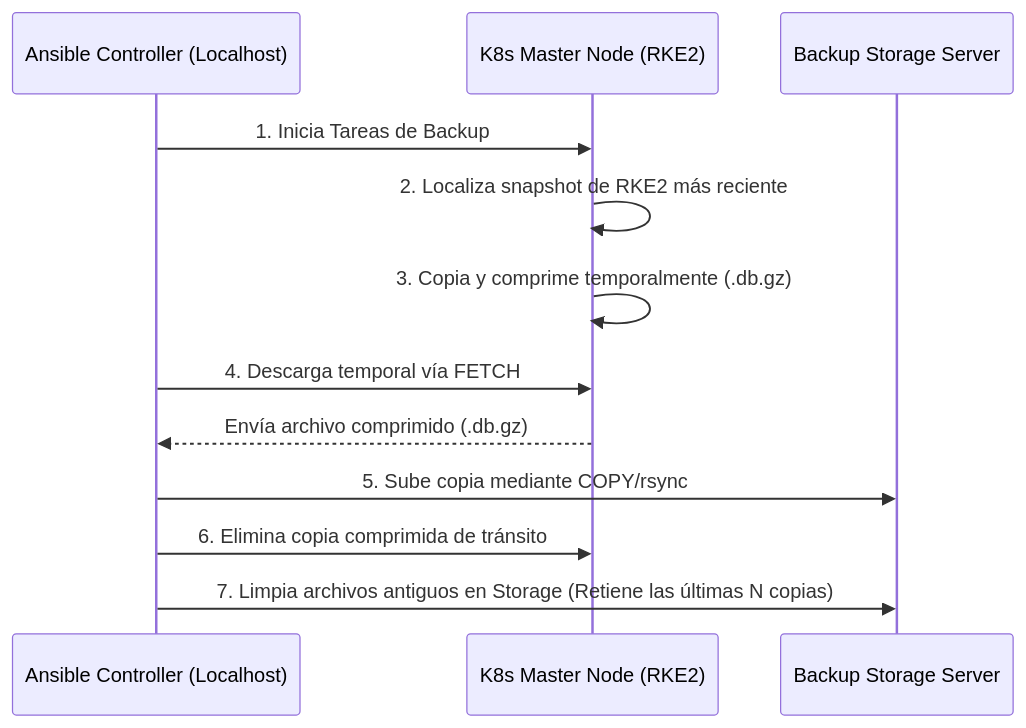
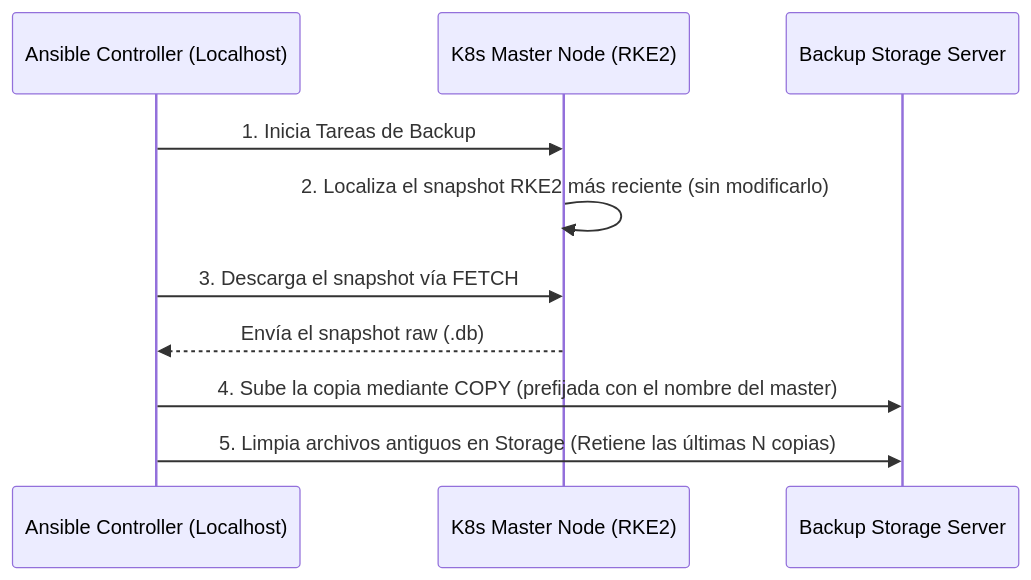
One commit to eddgt/etcd-backup-cron changed the diagram in README.md. Above: the diagram before and after it, drawn with Mermaid. The commit also changed other lines of this file and 14 other files, not shown here.

````diff
--- a/README.md
+++ b/README.md
@@ -14,15 +16,13 @@
 ```mermaid
 sequenceDiagram
     participant Ansible as Ansible Controller (Localhost)
     participant Master as K8s Master Node (RKE2)
     participant Storage as Backup Storage Server
-    
+
     Ansible->>Master: 1. Inicia Tareas de Backup
-    Master->>Master: 2. Localiza snapshot de RKE2 más reciente
-    Master->>Master: 3. Copia y comprime temporalmente (.db.gz)
-    Ansible->>Master: 4. Descarga temporal vía FETCH
-    Master-->>Ansible: Envía archivo comprimido (.db.gz)
-    Ansible->>Storage: 5. Sube copia mediante COPY/rsync
-    Ansible->>Master: 6. Elimina copia comprimida de tránsito
-    Ansible->>Storage: 7. Limpia archivos antiguos en Storage (Retiene las últimas N copias)
+    Master->>Master: 2. Localiza el snapshot RKE2 más reciente (sin modificarlo)
+    Ansible->>Master: 3. Descarga el snapshot vía FETCH
+    Master-->>Ansible: Envía el snapshot raw (.db)
+    Ansible->>Storage: 4. Sube la copia mediante COPY (prefijada con el nombre del master)
+    Ansible->>Storage: 5. Limpia archivos antiguos en Storage (Retiene las últimas N copias)
 ```
````
